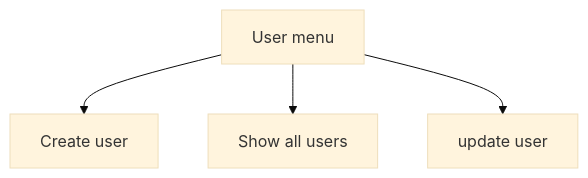
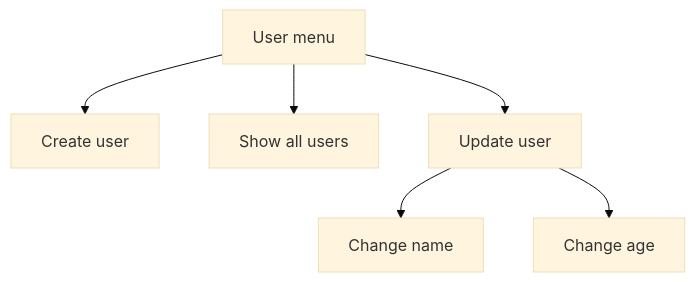
The fourth of 5 diagrams in KristianKarlson.md (Campus-Molndal-JIN23/todolist-Bremmster), drawn with Mermaid (base theme) before and after one commit. The commit also changed other lines of this file and 2 other files, not shown here.

````diff
--- a/KristianKarlson.md
+++ b/KristianKarlson.md
@@ -50,7 +55,9 @@
 ``` mermaid
 flowchart TD
-    A[User menu]
-    A-->B[Create user]
-    A-->C[Show all users]
-    A-->E[update user]
+    usr[User menu]
+    usr-->CU[Create user]
+    usr-->SU[Show all users]
+    usr-->UU[Update user]
+    UU-->UC[Change name]
+    UU-->UA[Change age]
 ```
````
